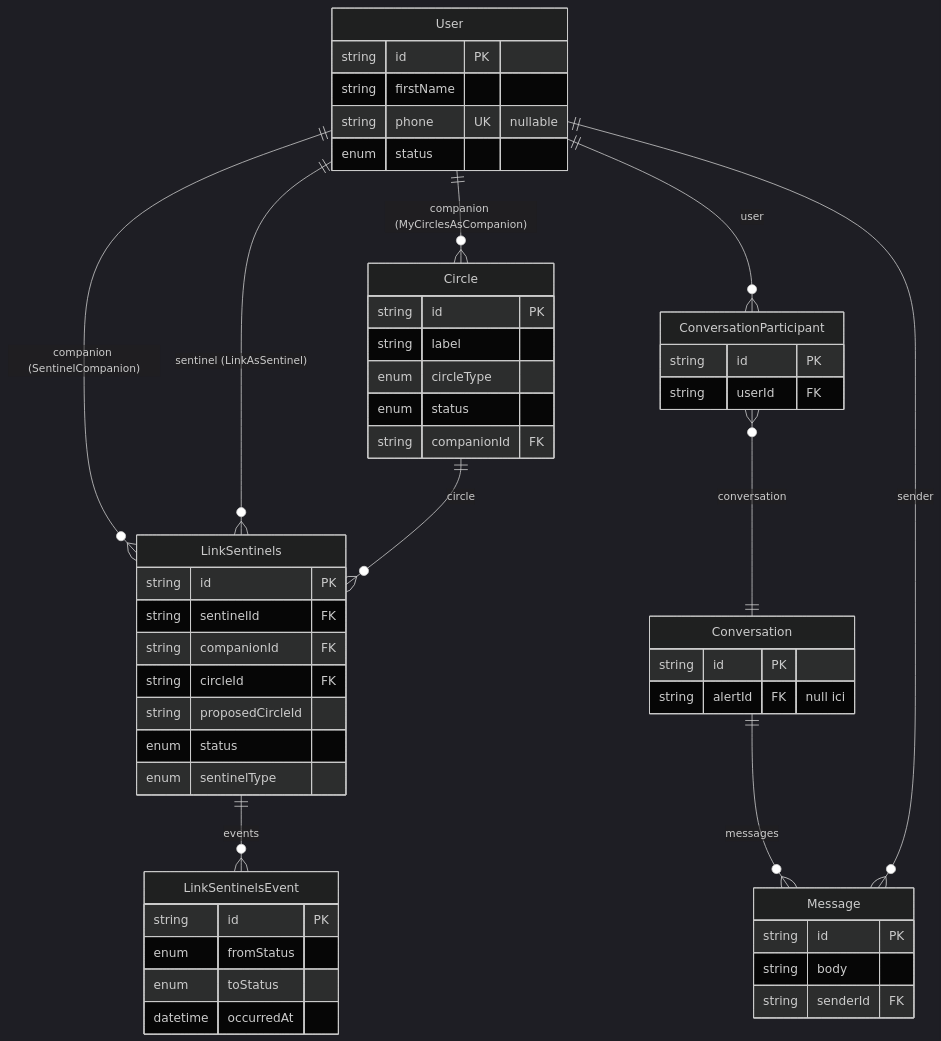
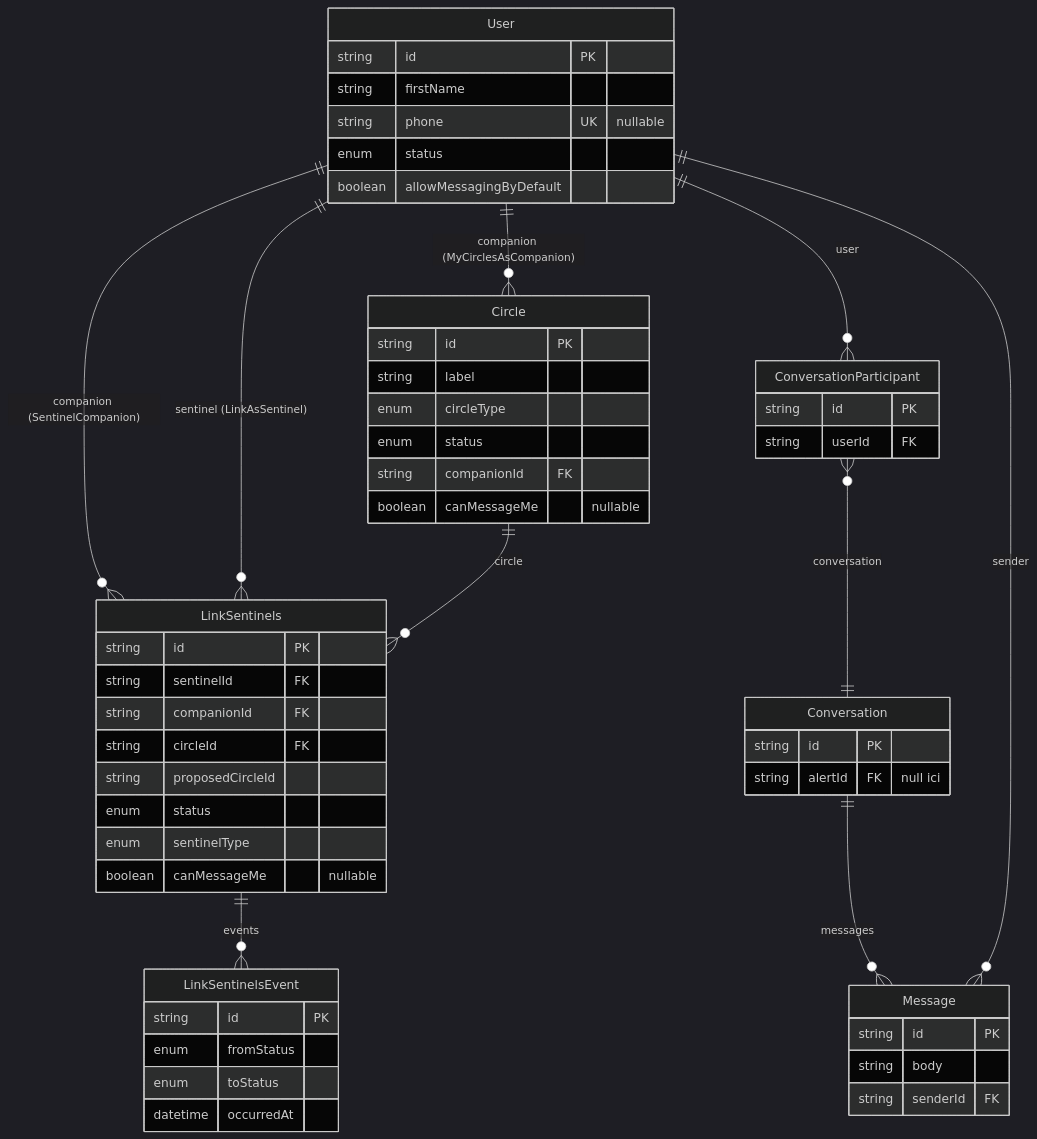
The fourth of 5 diagrams in backend/prisma/DB_schema.md (Sylvfo/MySentinelCircle), drawn with Mermaid (dark theme) before and after one commit. The commit also changed other lines of this file and 4 other files, not shown here.

````diff
--- a/backend/prisma/DB_schema.md
+++ b/backend/prisma/DB_schema.md
@@ -259,54 +265,57 @@
 ```mermaid
 erDiagram
   User          ||--o{ Circle              : "companion (MyCirclesAsCompanion)"
   User          ||--o{ LinkSentinels       : "companion (SentinelCompanion)"
   User          ||--o{ LinkSentinels       : "sentinel (LinkAsSentinel)"
   Circle        ||--o{ LinkSentinels       : "circle"
   LinkSentinels ||--o{ LinkSentinelsEvent  : "events"
   User          ||--o{ ConversationParticipant : "user"
   ConversationParticipant }o--|| Conversation  : "conversation"
   Conversation  ||--o{ Message             : "messages"
   User          ||--o{ Message             : "sender"
 
   User {
     string id PK
     string firstName
     string phone UK "nullable"
     enum   status
+    boolean allowMessagingByDefault
   }
   Circle {
     string id PK
     string label
     enum   circleType
     enum   status
     string companionId FK
+    boolean canMessageMe "nullable"
   }
   LinkSentinels {
     string id PK
     string sentinelId FK
     string companionId FK
     string circleId FK
     string proposedCircleId
     enum   status
     enum   sentinelType
+    boolean canMessageMe "nullable"
   }
   LinkSentinelsEvent {
     string id PK
     enum   fromStatus
     enum   toStatus
     datetime occurredAt
   }
   ConversationParticipant {
     string id PK
     string userId FK
   }
   Conversation {
     string id PK
     string alertId FK "null ici"
   }
   Message {
     string id PK
     string body
     string senderId FK
   }
 ```
````
